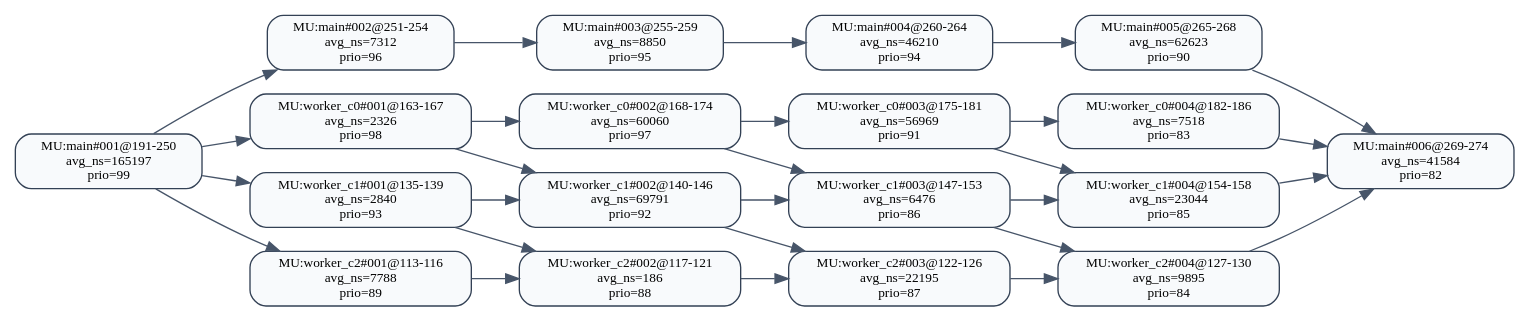
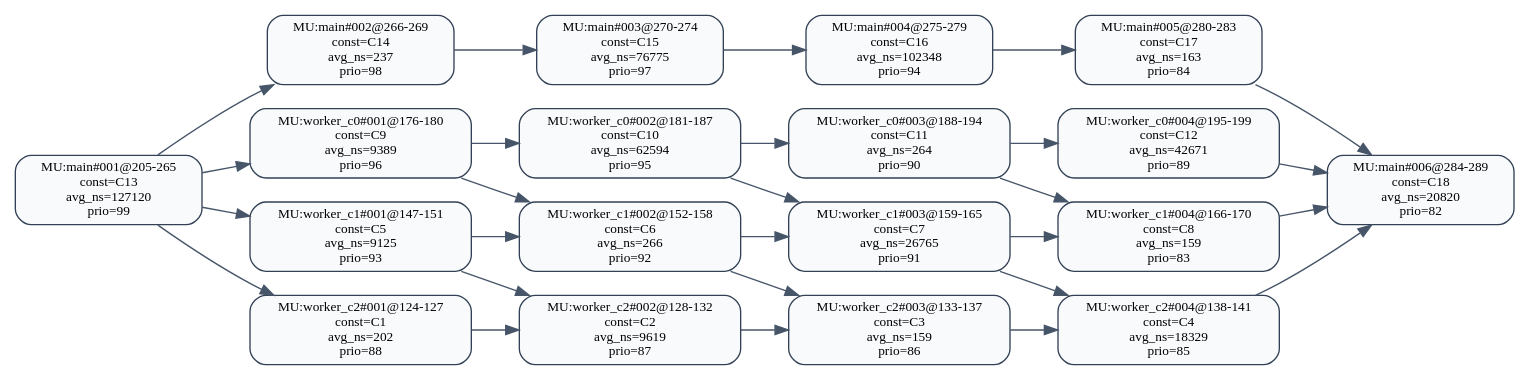
The diagram in 中间结果/zhang3/pipeline/validation/level2/effective_line_merge/lpf/dag_seg_annotated.dot (RTS-SYSU/DAG-Gen), drawn with Graphviz before and after one commit. The commit also changed 11697 other files, not shown here.

```diff
--- a/中间结果/zhang3/pipeline/validation/level2/effective_line_merge/lpf/dag_seg_annotated.dot
+++ b/中间结果/zhang3/pipeline/validation/level2/effective_line_merge/lpf/dag_seg_annotated.dot
@@ -1,49 +1,49 @@
 digraph dag_seg_annotated {
   rankdir=LR;
   node [shape=box, style="rounded,filled", fillcolor="#F8FAFC", color="#334155", fontsize=10];
   edge [color="#475569"];
-  "MU:main#001@191-250" [label="MU:main#001@191-250\navg_ns=165197\nprio=99"];
-  "MU:main#002@251-254" [label="MU:main#002@251-254\navg_ns=7312\nprio=96"];
-  "MU:main#003@255-259" [label="MU:main#003@255-259\navg_ns=8850\nprio=95"];
-  "MU:main#004@260-264" [label="MU:main#004@260-264\navg_ns=46210\nprio=94"];
-  "MU:main#005@265-268" [label="MU:main#005@265-268\navg_ns=62623\nprio=90"];
-  "MU:main#006@269-274" [label="MU:main#006@269-274\navg_ns=41584\nprio=82"];
-  "MU:worker_c0#001@163-167" [label="MU:worker_c0#001@163-167\navg_ns=2326\nprio=98"];
-  "MU:worker_c0#002@168-174" [label="MU:worker_c0#002@168-174\navg_ns=60060\nprio=97"];
-  "MU:worker_c0#003@175-181" [label="MU:worker_c0#003@175-181\navg_ns=56969\nprio=91"];
-  "MU:worker_c0#004@182-186" [label="MU:worker_c0#004@182-186\navg_ns=7518\nprio=83"];
-  "MU:worker_c1#001@135-139" [label="MU:worker_c1#001@135-139\navg_ns=2840\nprio=93"];
-  "MU:worker_c1#002@140-146" [label="MU:worker_c1#002@140-146\navg_ns=69791\nprio=92"];
-  "MU:worker_c1#003@147-153" [label="MU:worker_c1#003@147-153\navg_ns=6476\nprio=86"];
-  "MU:worker_c1#004@154-158" [label="MU:worker_c1#004@154-158\navg_ns=23044\nprio=85"];
-  "MU:worker_c2#001@113-116" [label="MU:worker_c2#001@113-116\navg_ns=7788\nprio=89"];
-  "MU:worker_c2#002@117-121" [label="MU:worker_c2#002@117-121\navg_ns=186\nprio=88"];
-  "MU:worker_c2#003@122-126" [label="MU:worker_c2#003@122-126\navg_ns=22195\nprio=87"];
-  "MU:worker_c2#004@127-130" [label="MU:worker_c2#004@127-130\navg_ns=9895\nprio=84"];
-  "MU:worker_c2#001@113-116" -> "MU:worker_c2#002@117-121";
-  "MU:worker_c2#002@117-121" -> "MU:worker_c2#003@122-126";
-  "MU:worker_c2#003@122-126" -> "MU:worker_c2#004@127-130";
-  "MU:worker_c1#001@135-139" -> "MU:worker_c1#002@140-146";
-  "MU:worker_c1#002@140-146" -> "MU:worker_c1#003@147-153";
-  "MU:worker_c1#003@147-153" -> "MU:worker_c1#004@154-158";
-  "MU:worker_c0#001@163-167" -> "MU:worker_c0#002@168-174";
-  "MU:worker_c0#002@168-174" -> "MU:worker_c0#003@175-181";
-  "MU:worker_c0#003@175-181" -> "MU:worker_c0#004@182-186";
-  "MU:main#001@191-250" -> "MU:main#002@251-254";
-  "MU:main#002@251-254" -> "MU:main#003@255-259";
-  "MU:main#003@255-259" -> "MU:main#004@260-264";
-  "MU:main#004@260-264" -> "MU:main#005@265-268";
-  "MU:main#005@265-268" -> "MU:main#006@269-274";
-  "MU:main#001@191-250" -> "MU:worker_c0#001@163-167";
-  "MU:main#001@191-250" -> "MU:worker_c1#001@135-139";
-  "MU:main#001@191-250" -> "MU:worker_c2#001@113-116";
-  "MU:worker_c0#004@182-186" -> "MU:main#006@269-274";
-  "MU:worker_c1#004@154-158" -> "MU:main#006@269-274";
-  "MU:worker_c2#004@127-130" -> "MU:main#006@269-274";
-  "MU:worker_c1#001@135-139" -> "MU:worker_c2#002@117-121";
-  "MU:worker_c1#002@140-146" -> "MU:worker_c2#003@122-126";
-  "MU:worker_c1#003@147-153" -> "MU:worker_c2#004@127-130";
-  "MU:worker_c0#001@163-167" -> "MU:worker_c1#002@140-146";
-  "MU:worker_c0#002@168-174" -> "MU:worker_c1#003@147-153";
-  "MU:worker_c0#003@175-181" -> "MU:worker_c1#004@154-158";
+  "MU:main#001@205-265" [label="MU:main#001@205-265\nconst=C13\navg_ns=127120\nprio=99"];
+  "MU:main#002@266-269" [label="MU:main#002@266-269\nconst=C14\navg_ns=237\nprio=98"];
+  "MU:main#003@270-274" [label="MU:main#003@270-274\nconst=C15\navg_ns=76775\nprio=97"];
+  "MU:main#004@275-279" [label="MU:main#004@275-279\nconst=C16\navg_ns=102348\nprio=94"];
+  "MU:main#005@280-283" [label="MU:main#005@280-283\nconst=C17\navg_ns=163\nprio=84"];
+  "MU:main#006@284-289" [label="MU:main#006@284-289\nconst=C18\navg_ns=20820\nprio=82"];
+  "MU:worker_c0#001@176-180" [label="MU:worker_c0#001@176-180\nconst=C9\navg_ns=9389\nprio=96"];
+  "MU:worker_c0#002@181-187" [label="MU:worker_c0#002@181-187\nconst=C10\navg_ns=62594\nprio=95"];
+  "MU:worker_c0#003@188-194" [label="MU:worker_c0#003@188-194\nconst=C11\navg_ns=264\nprio=90"];
+  "MU:worker_c0#004@195-199" [label="MU:worker_c0#004@195-199\nconst=C12\navg_ns=42671\nprio=89"];
+  "MU:worker_c1#001@147-151" [label="MU:worker_c1#001@147-151\nconst=C5\navg_ns=9125\nprio=93"];
+  "MU:worker_c1#002@152-158" [label="MU:worker_c1#002@152-158\nconst=C6\navg_ns=266\nprio=92"];
+  "MU:worker_c1#003@159-165" [label="MU:worker_c1#003@159-165\nconst=C7\navg_ns=26765\nprio=91"];
+  "MU:worker_c1#004@166-170" [label="MU:worker_c1#004@166-170\nconst=C8\navg_ns=159\nprio=83"];
+  "MU:worker_c2#001@124-127" [label="MU:worker_c2#001@124-127\nconst=C1\navg_ns=202\nprio=88"];
+  "MU:worker_c2#002@128-132" [label="MU:worker_c2#002@128-132\nconst=C2\navg_ns=9619\nprio=87"];
+  "MU:worker_c2#003@133-137" [label="MU:worker_c2#003@133-137\nconst=C3\navg_ns=159\nprio=86"];
+  "MU:worker_c2#004@138-141" [label="MU:worker_c2#004@138-141\nconst=C4\navg_ns=18329\nprio=85"];
+  "MU:worker_c2#001@124-127" -> "MU:worker_c2#002@128-132";
+  "MU:worker_c2#002@128-132" -> "MU:worker_c2#003@133-137";
+  "MU:worker_c2#003@133-137" -> "MU:worker_c2#004@138-141";
+  "MU:worker_c1#001@147-151" -> "MU:worker_c1#002@152-158";
+  "MU:worker_c1#002@152-158" -> "MU:worker_c1#003@159-165";
+  "MU:worker_c1#003@159-165" -> "MU:worker_c1#004@166-170";
+  "MU:worker_c0#001@176-180" -> "MU:worker_c0#002@181-187";
+  "MU:worker_c0#002@181-187" -> "MU:worker_c0#003@188-194";
+  "MU:worker_c0#003@188-194" -> "MU:worker_c0#004@195-199";
+  "MU:main#001@205-265" -> "MU:main#002@266-269";
+  "MU:main#002@266-269" -> "MU:main#003@270-274";
+  "MU:main#003@270-274" -> "MU:main#004@275-279";
+  "MU:main#004@275-279" -> "MU:main#005@280-283";
+  "MU:main#005@280-283" -> "MU:main#006@284-289";
+  "MU:main#001@205-265" -> "MU:worker_c0#001@176-180";
+  "MU:main#001@205-265" -> "MU:worker_c1#001@147-151";
+  "MU:main#001@205-265" -> "MU:worker_c2#001@124-127";
+  "MU:worker_c0#004@195-199" -> "MU:main#006@284-289";
+  "MU:worker_c1#004@166-170" -> "MU:main#006@284-289";
+  "MU:worker_c2#004@138-141" -> "MU:main#006@284-289";
+  "MU:worker_c1#001@147-151" -> "MU:worker_c2#002@128-132";
+  "MU:worker_c1#002@152-158" -> "MU:worker_c2#003@133-137";
+  "MU:worker_c1#003@159-165" -> "MU:worker_c2#004@138-141";
+  "MU:worker_c0#001@176-180" -> "MU:worker_c1#002@152-158";
+  "MU:worker_c0#002@181-187" -> "MU:worker_c1#003@159-165";
+  "MU:worker_c0#003@188-194" -> "MU:worker_c1#004@166-170";
 }
```
